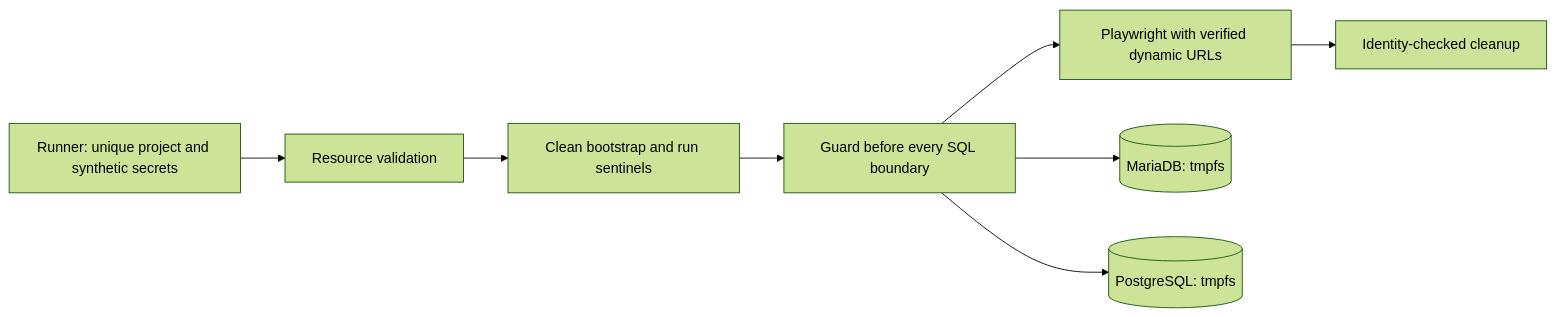
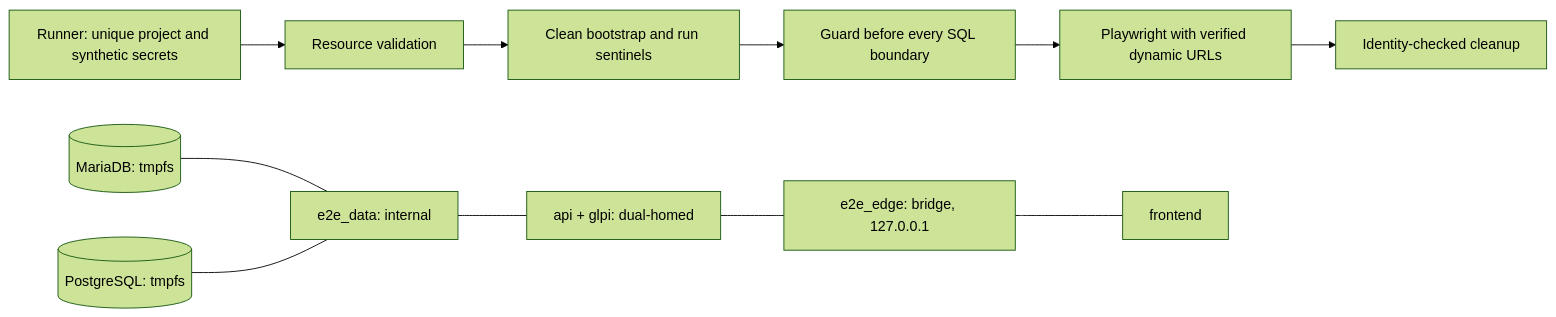
The diagram in scripts/e2e/README.md (desarrollogsi25/GLPI-TICKET-MANAGER), drawn with Mermaid (forest theme) before and after one commit. The commit also changed other lines of this file and 22 other files, not shown here.

````diff
--- a/scripts/e2e/README.md
+++ b/scripts/e2e/README.md
@@ -27,10 +62,13 @@
 ```mermaid
 flowchart LR
   R[Runner: unique project and synthetic secrets] --> V[Resource validation]
   V --> B[Clean bootstrap and run sentinels]
   B --> G[Guard before every SQL boundary]
   G --> T[Playwright with verified dynamic URLs]
   T --> C[Identity-checked cleanup]
-  G --> M[(MariaDB: tmpfs)]
-  G --> P[(PostgreSQL: tmpfs)]
+  M[(MariaDB: tmpfs)] --- D[e2e_data: internal]
+  P[(PostgreSQL: tmpfs)] --- D
+  D --- A[api + glpi: dual-homed]
+  A --- E[e2e_edge: bridge, 127.0.0.1]
+  E --- F[frontend]
 ```
````
